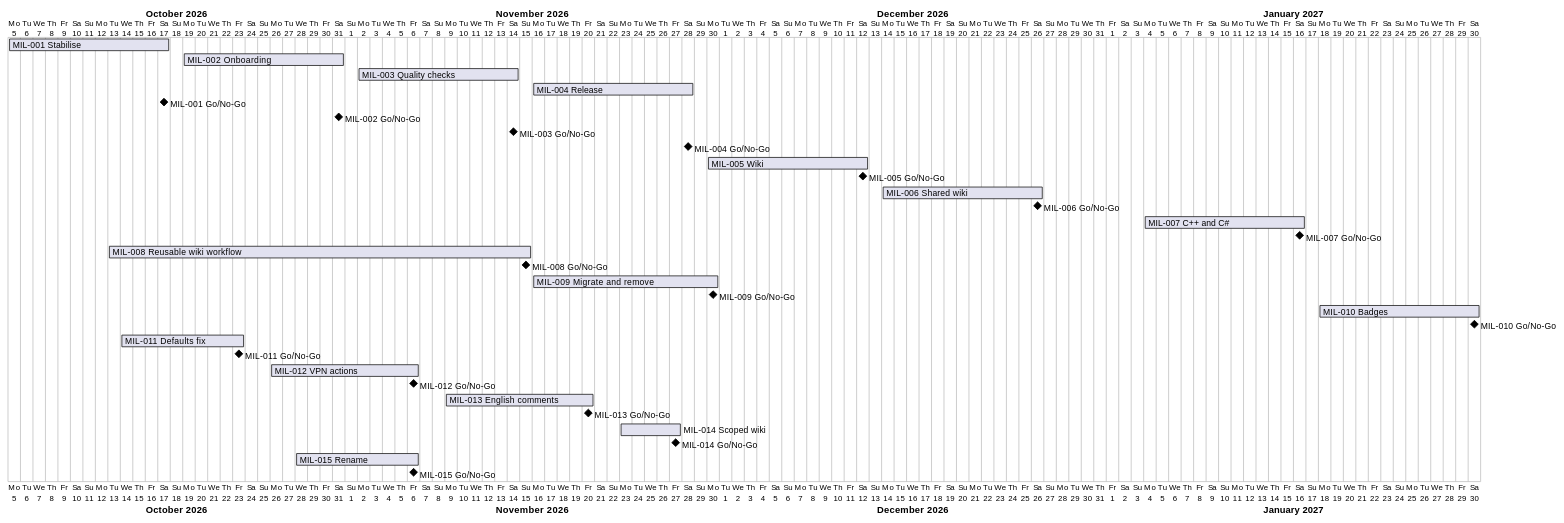
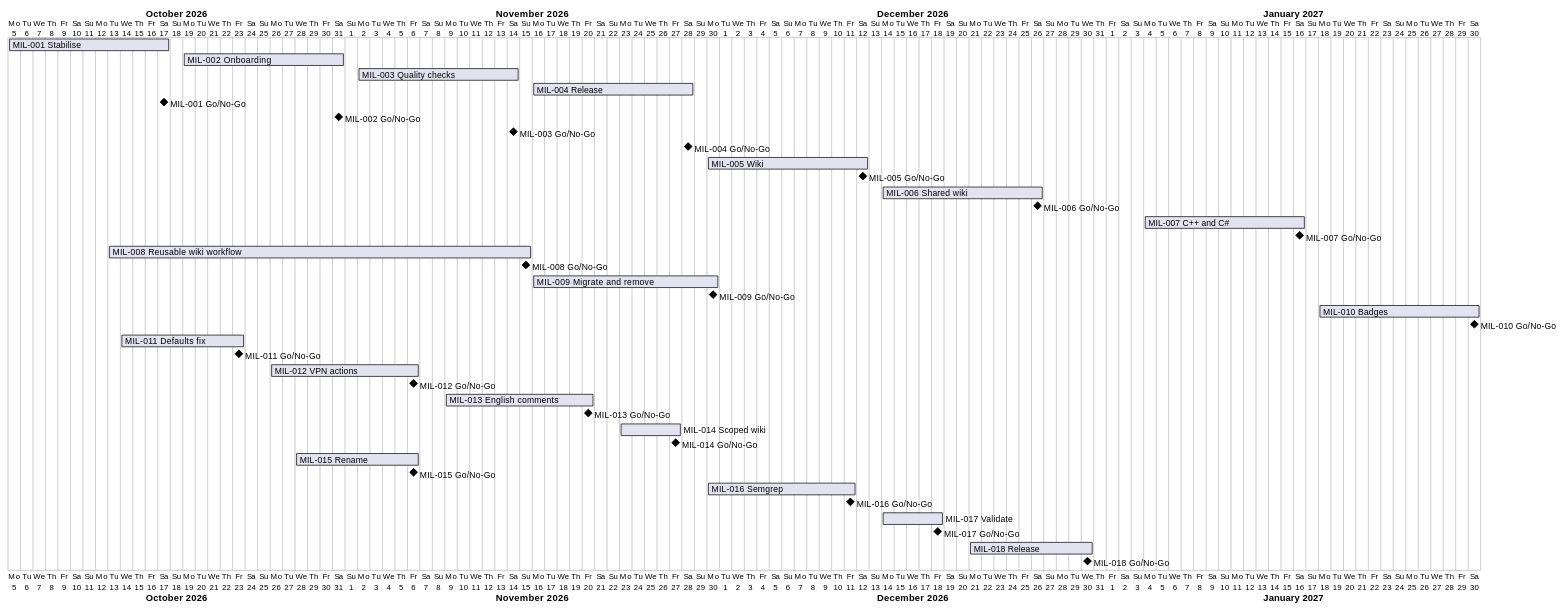
One commit to TirSystem/git-workflows changed the diagram in docs/project-plan.md. Above: the diagram before and after it, drawn with PlantUML. The commit also changed other lines of this file and 10 other files, not shown here.

First line of the commit message:
Plan MIL-016 to MIL-018: Semgrep, scoped validation and scoped release

````diff
--- a/docs/project-plan.md
+++ b/docs/project-plan.md
@@ -53,35 +59,41 @@
 ```plantuml
 @startgantt
 Project starts 2026-10-05
 [MIL-001 Stabilise] starts 2026-10-05 and ends 2026-10-17
 [MIL-002 Onboarding] starts 2026-10-19 and ends 2026-10-31
 [MIL-003 Quality checks] starts 2026-11-02 and ends 2026-11-14
 [MIL-004 Release] starts 2026-11-16 and ends 2026-11-28
 [MIL-001 Go/No-Go] happens 2026-10-17
 [MIL-002 Go/No-Go] happens 2026-10-31
 [MIL-003 Go/No-Go] happens 2026-11-14
 [MIL-004 Go/No-Go] happens 2026-11-28
 [MIL-005 Wiki] starts 2026-11-30 and ends 2026-12-12
 [MIL-005 Go/No-Go] happens 2026-12-12
 [MIL-006 Shared wiki] starts 2026-12-14 and ends 2026-12-26
 [MIL-006 Go/No-Go] happens 2026-12-26
 [MIL-007 C++ and C#] starts 2027-01-04 and ends 2027-01-16
 [MIL-007 Go/No-Go] happens 2027-01-16
 [MIL-008 Reusable wiki workflow] starts 2026-10-13 and ends 2026-11-15
 [MIL-008 Go/No-Go] happens 2026-11-15
 [MIL-009 Migrate and remove] starts 2026-11-16 and ends 2026-11-30
 [MIL-009 Go/No-Go] happens 2026-11-30
 [MIL-010 Badges] starts 2027-01-18 and ends 2027-01-30
 [MIL-010 Go/No-Go] happens 2027-01-30
 [MIL-011 Defaults fix] starts 2026-10-14 and ends 2026-10-23
 [MIL-011 Go/No-Go] happens 2026-10-23
 [MIL-012 VPN actions] starts 2026-10-26 and ends 2026-11-06
 [MIL-012 Go/No-Go] happens 2026-11-06
 [MIL-013 English comments] starts 2026-11-09 and ends 2026-11-20
 [MIL-013 Go/No-Go] happens 2026-11-20
 [MIL-014 Scoped wiki] starts 2026-11-23 and ends 2026-11-27
 [MIL-014 Go/No-Go] happens 2026-11-27
 [MIL-015 Rename] starts 2026-10-28 and ends 2026-11-06
 [MIL-015 Go/No-Go] happens 2026-11-06
+[MIL-016 Semgrep] starts 2026-11-30 and ends 2026-12-11
+[MIL-016 Go/No-Go] happens 2026-12-11
+[MIL-017 Validate] starts 2026-12-14 and ends 2026-12-18
+[MIL-017 Go/No-Go] happens 2026-12-18
+[MIL-018 Release] starts 2026-12-21 and ends 2026-12-30
+[MIL-018 Go/No-Go] happens 2026-12-30
 @endgantt
 ```
````
